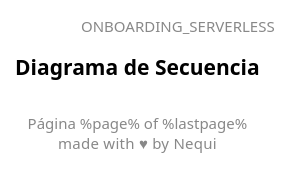
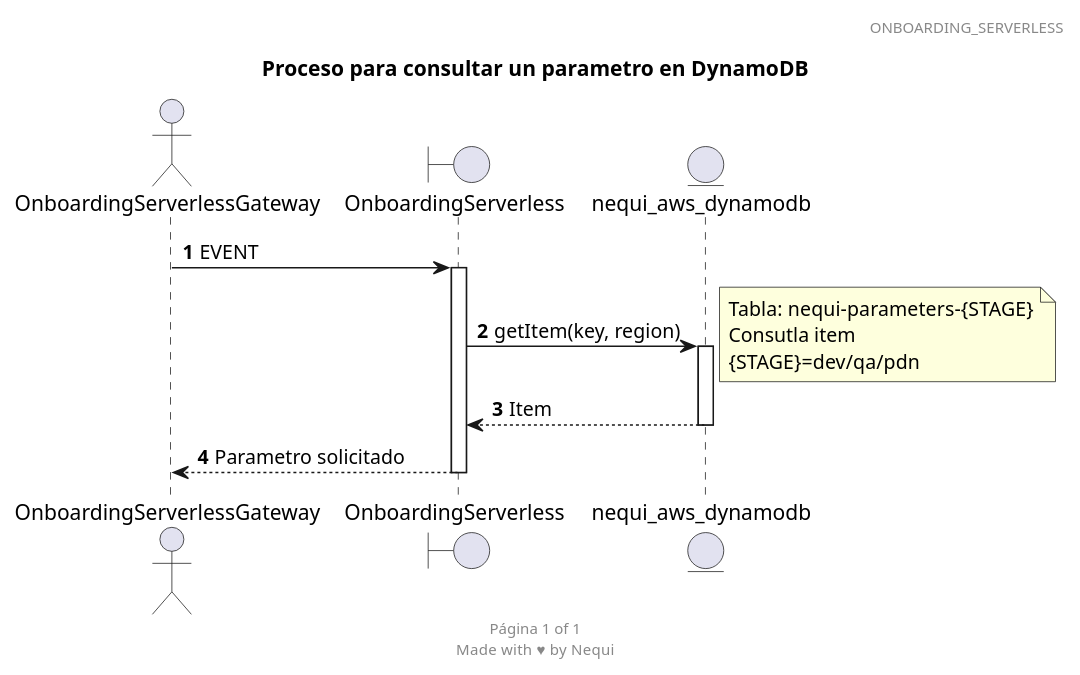
The diagram in 02-onboardingServerless/diagrams/ONBOARDING_SERVERLESS-diagram.puml (AndresRV/franchise), drawn with PlantUML before and after one commit. The commit also changed 2 other files, not shown here.

Commit message:
Ejercicio serverless revision 1.2

```diff
--- a/02-onboardingServerless/diagrams/ONBOARDING_SERVERLESS-diagram.puml
+++ b/02-onboardingServerless/diagrams/ONBOARDING_SERVERLESS-diagram.puml
@@ -1,5 +1,24 @@
 @startuml
 header ONBOARDING_SERVERLESS
-footer Página %page% of %lastpage%\nmade with ♥ by Nequi
-title Diagrama de Secuencia
+footer Página %page% of %lastpage%\nMade with ♥ by Nequi
+title Proceso para consultar un parametro en DynamoDB
+
+actor OnboardingServerlessGateway
+boundary OnboardingServerless
+entity nequi_aws_dynamodb
+autonumber
+
+OnboardingServerlessGateway -> OnboardingServerless: EVENT
+    activate OnboardingServerless
+    
+    OnboardingServerless -> nequi_aws_dynamodb: getItem(key, region)
+    activate nequi_aws_dynamodb
+    note right
+        Tabla: nequi-parameters-{STAGE}
+        Consutla item
+        {STAGE}=dev/qa/pdn
+    end note
+    return Item
+
+return Parametro solicitado
 @enduml
```
